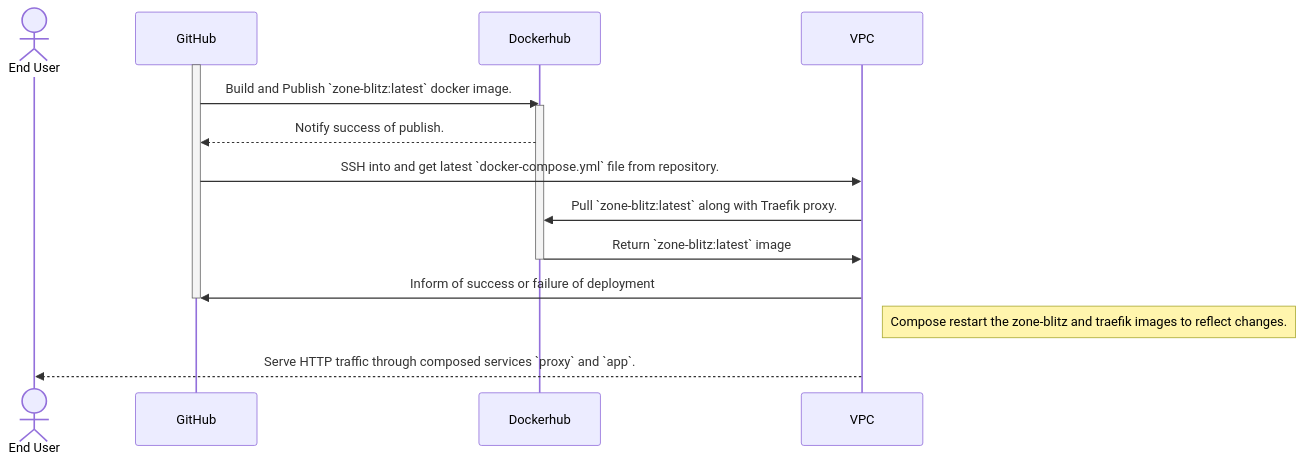
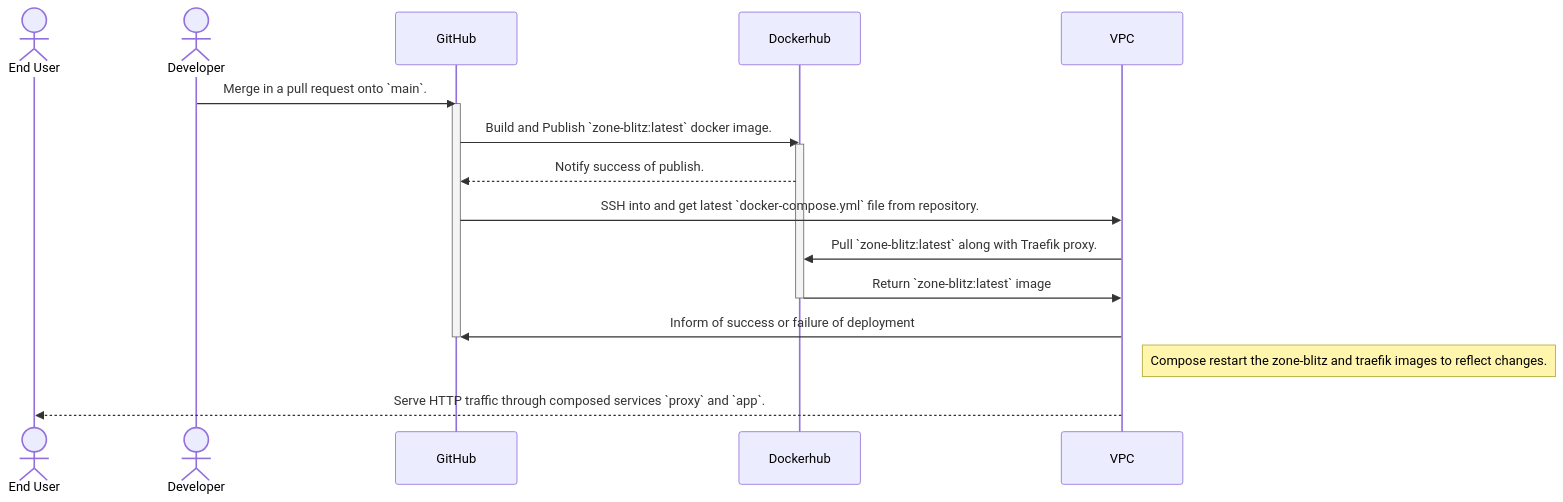
Before and after one commit to Tiernebre/zone-blitz-deprecated: the diagram in docs/operations.md, drawn with Mermaid.

Commit message:
more details

````diff
--- a/docs/operations.md
+++ b/docs/operations.md
@@ -24,16 +24,18 @@
 ```mermaid
 sequenceDiagram
   actor EU as End User
+  actor D as Developer
+  D->>GitHub: Merge in a pull request onto `main`.
   activate GitHub
   GitHub->>Dockerhub: Build and Publish `zone-blitz:latest` docker image.
   activate Dockerhub
   Dockerhub-->>GitHub: Notify success of publish.
   GitHub->>VPC: SSH into and get latest `docker-compose.yml` file from repository.
   VPC->>Dockerhub: Pull `zone-blitz:latest` along with Traefik proxy.
   Dockerhub->>VPC: Return `zone-blitz:latest` image
   deactivate Dockerhub
   VPC->>GitHub: Inform of success or failure of deployment
   deactivate GitHub
   Note right of VPC: Compose restart the zone-blitz and traefik images to reflect changes.
   VPC-->>EU: Serve HTTP traffic through composed services `proxy` and `app`.
 ```
````
